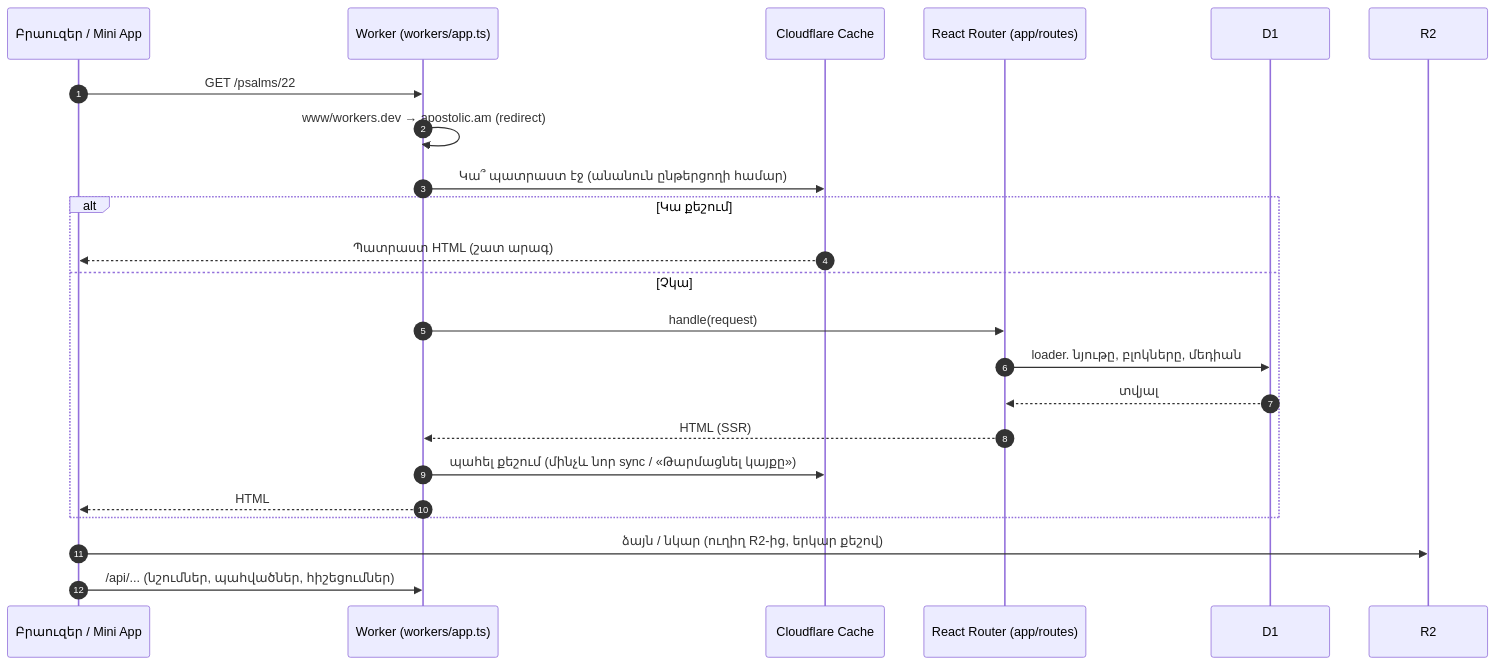
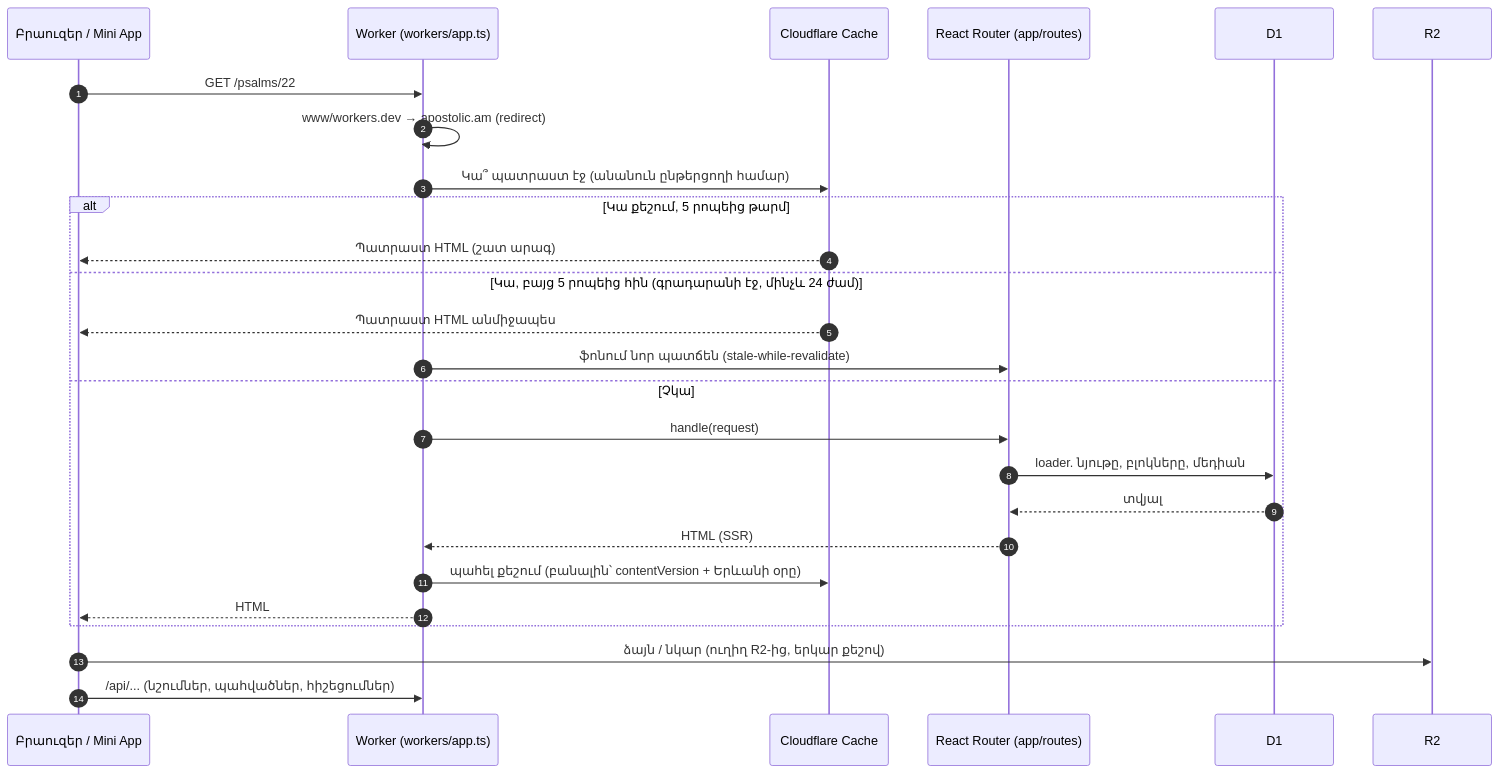
One commit to T0n0yan/armenian-apostolic-digital-library changed the third of 25 diagrams in docs/ARCHITECTURE.md. Above: the diagram before and after it, drawn with Mermaid. The commit also changed other lines of this file and 1 other file, not shown here.

First line of the commit message:
ARCHITECTURE. cache, deploy-ի smoke/rollback, սխալներ, փոքր պատկերներ

````diff
--- a/docs/ARCHITECTURE.md
+++ b/docs/ARCHITECTURE.md
@@ -142,25 +142,28 @@
 ```mermaid
 sequenceDiagram
   autonumber
   participant B as Բրաուզեր / Mini App
   participant W as Worker (workers/app.ts)
   participant C as Cloudflare Cache
   participant RR as React Router (app/routes)
   participant D as D1
   participant R as R2
   B->>W: GET /psalms/22
   W->>W: www/workers.dev → apostolic.am (redirect)
   W->>C: Կա՞ պատրաստ էջ (անանուն ընթերցողի համար)
-  alt Կա քեշում
+  alt Կա քեշում, 5 րոպեից թարմ
     C-->>B: Պատրաստ HTML (շատ արագ)
+  else Կա, բայց 5 րոպեից հին (գրադարանի էջ, մինչև 24 ժամ)
+    C-->>B: Պատրաստ HTML անմիջապես
+    W->>RR: ֆոնում նոր պատճեն (stale-while-revalidate)
   else Չկա
     W->>RR: handle(request)
     RR->>D: loader. նյութը, բլոկները, մեդիան
     D-->>RR: տվյալ
     RR-->>W: HTML (SSR)
-    W->>C: պահել քեշում (մինչև նոր sync / «Թարմացնել կայքը»)
+    W->>C: պահել քեշում (բանալին՝ contentVersion + Երևանի օրը)
     W-->>B: HTML
   end
   B->>R: ձայն / նկար (ուղիղ R2-ից, երկար քեշով)
   B->>W: /api/... (նշումներ, պահվածներ, հիշեցումներ)
 ```
````
